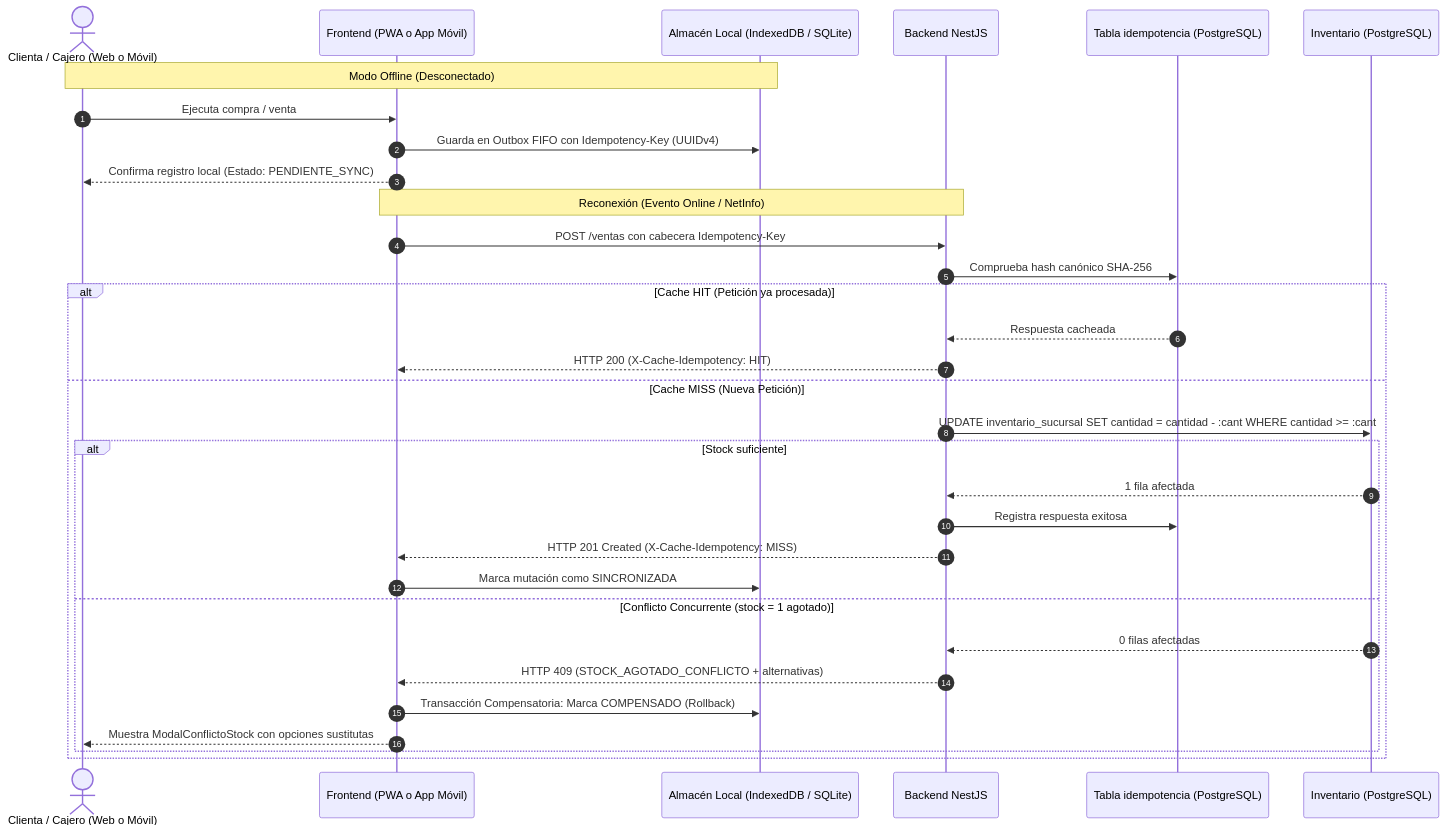
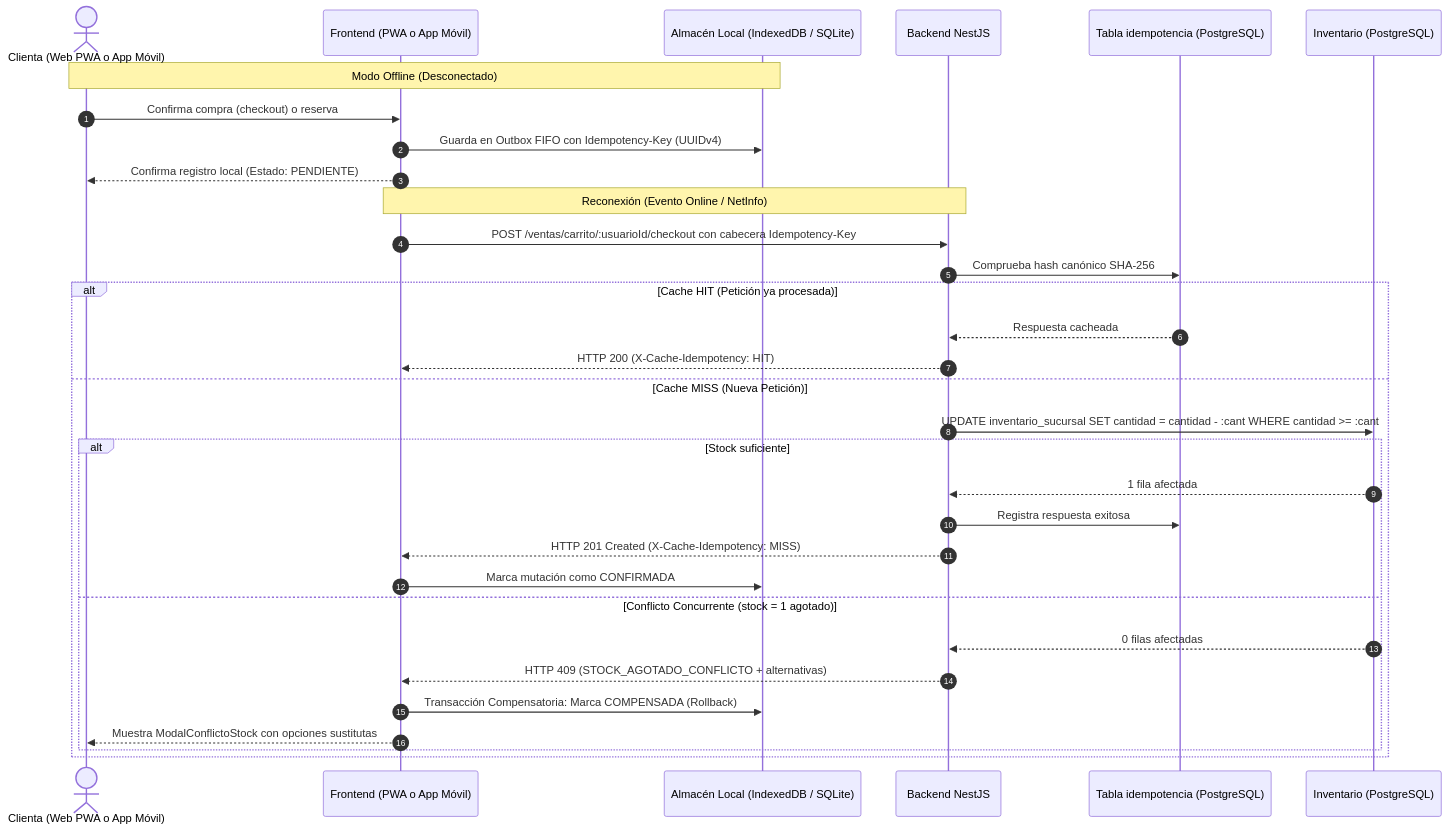
One commit to mopy1/MirrorIA changed the second of 2 diagrams in docs/parcial2/02_Modulos_y_Arquitectura.md. Above: the diagram before and after it, drawn with Mermaid. The commit also changed other lines of this file and 10 other files, not shown here.

First line of the commit message:
docs(parcial2): sin POS, app móvil solo clientas y conflicto stock=1 entre dos clientas

````diff
--- a/docs/parcial2/02_Modulos_y_Arquitectura.md
+++ b/docs/parcial2/02_Modulos_y_Arquitectura.md
@@ -152,36 +152,36 @@
 ```mermaid
 sequenceDiagram
     autonumber
-    actor U as Clienta / Cajero (Web o Móvil)
+    actor U as Clienta (Web PWA o App Móvil)
     participant APP as Frontend (PWA o App Móvil)
     participant LOC as Almacén Local (IndexedDB / SQLite)
     participant API as Backend NestJS
     participant IDEM as Tabla idempotencia (PostgreSQL)
     participant BD as Inventario (PostgreSQL)
 
     Note over U,LOC: Modo Offline (Desconectado)
-    U->>APP: Ejecuta compra / venta
+    U->>APP: Confirma compra (checkout) o reserva
     APP->>LOC: Guarda en Outbox FIFO con Idempotency-Key (UUIDv4)
-    APP-->>U: Confirma registro local (Estado: PENDIENTE_SYNC)
+    APP-->>U: Confirma registro local (Estado: PENDIENTE)
 
     Note over APP,API: Reconexión (Evento Online / NetInfo)
-    APP->>API: POST /ventas con cabecera Idempotency-Key
+    APP->>API: POST /ventas/carrito/:usuarioId/checkout con cabecera Idempotency-Key
     API->>IDEM: Comprueba hash canónico SHA-256
     alt Cache HIT (Petición ya procesada)
         IDEM-->>API: Respuesta cacheada
         API-->>APP: HTTP 200 (X-Cache-Idempotency: HIT)
     else Cache MISS (Nueva Petición)
         API->>BD: UPDATE inventario_sucursal SET cantidad = cantidad - :cant WHERE cantidad >= :cant
         alt Stock suficiente
             BD-->>API: 1 fila afectada
             API->>IDEM: Registra respuesta exitosa
             API-->>APP: HTTP 201 Created (X-Cache-Idempotency: MISS)
-            APP->>LOC: Marca mutación como SINCRONIZADA
+            APP->>LOC: Marca mutación como CONFIRMADA
         else Conflicto Concurrente (stock = 1 agotado)
             BD-->>API: 0 filas afectadas
             API-->>APP: HTTP 409 (STOCK_AGOTADO_CONFLICTO + alternativas)
-            APP->>LOC: Transacción Compensatoria: Marca COMPENSADO (Rollback)
+            APP->>LOC: Transacción Compensatoria: Marca COMPENSADA (Rollback)
             APP-->>U: Muestra ModalConflictoStock con opciones sustitutas
         end
     end
 ```
````
